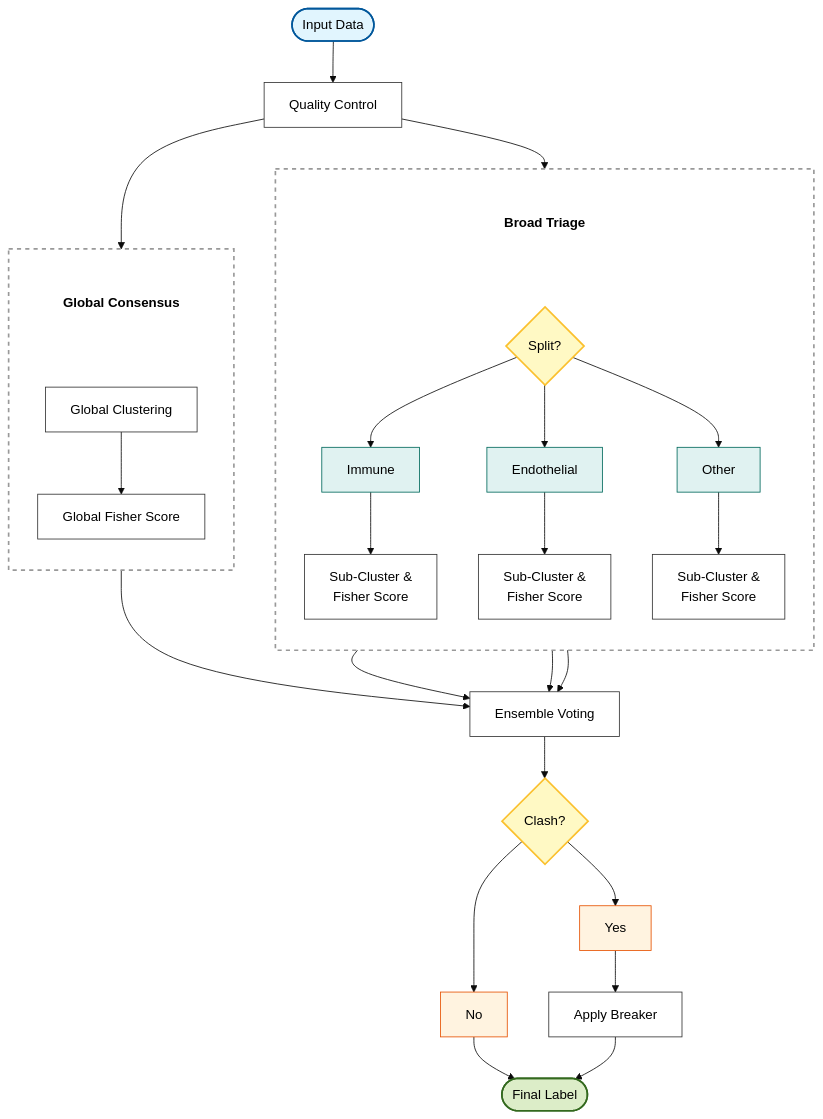
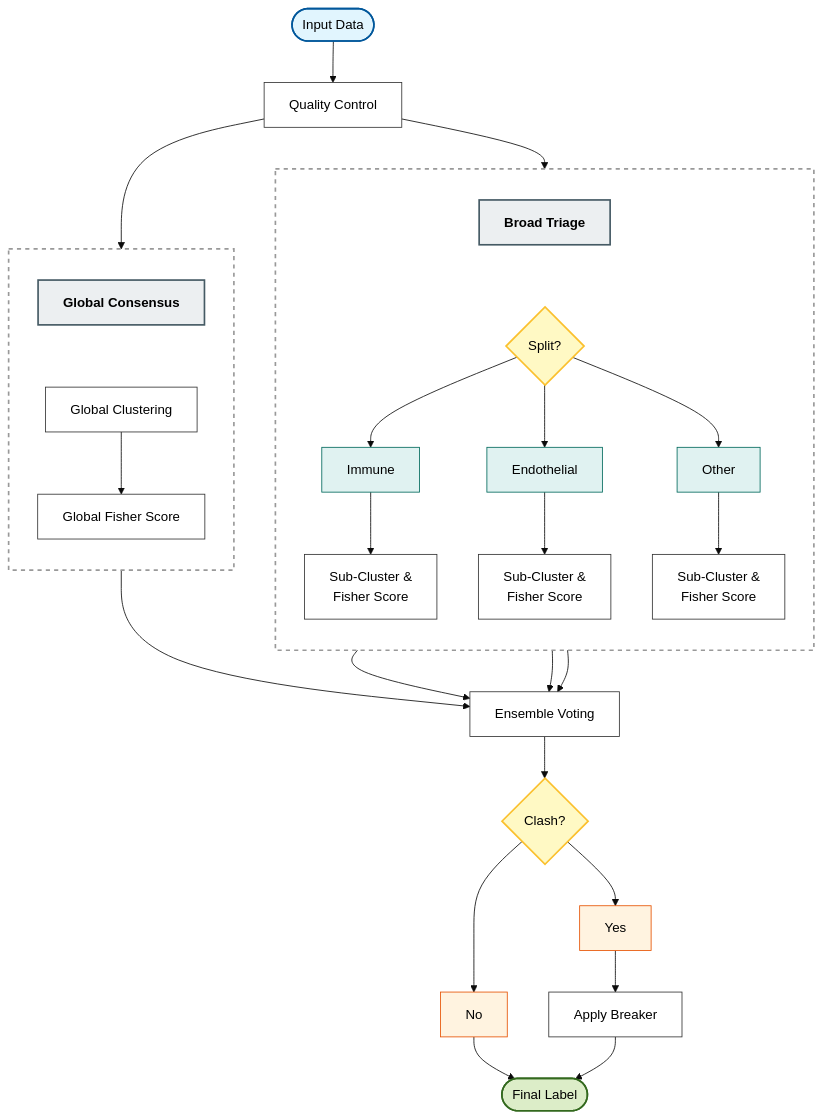
The diagram in README.md (ajxa/CellVoteR), drawn with Mermaid (base theme) before and after one commit.

Commit message:
updated workflow diagram

````diff
--- a/README.md
+++ b/README.md
@@ -42,8 +42,8 @@
     %% Track Box: Dashed border, no fill
     classDef track fill:none,stroke:#999,stroke-width:2px,stroke-dasharray: 5 5
     
-    %% Titles: Invisible box, bold text
-    classDef title fill:none,stroke:none,font-weight:bold,font-size:16px,color:#000
+    %% Titles: Visible Header Boxes
+    classDef title fill:#eceff1,stroke:#455a64,stroke-width:2px,font-weight:bold,color:#000
     
     classDef decision fill:#fff9c4,stroke:#fbc02d,stroke-width:2px,color:#000
     classDef group fill:#e0f2f1,stroke:#00695c,stroke-width:1px,color:#000
@@ -56,12 +56,12 @@
     %% --- TRACK 1: Broad Triage ---
     subgraph T1 [ ]
         direction TB
-        %% Title Node (Acts as the entry point)
+        %% Title Node
         Title1[Broad Triage]:::title
         
         Split{Split?}:::decision
         
-        %% Use invisible link between Title and Split to enforce order
+        %% Invisible link to force vertical stacking
         Title1 ~~~ Split
         
         %% Groups
@@ -97,7 +97,7 @@
     end
 
     %% --- Main Connections ---
-    %% Connect QC to the TITLES of the tracks
+    %% Connect QC to the TITLES
     QC --> Title1
     QC --> Title2
 
@@ -118,6 +118,6 @@
     No --> Final([Final Label]):::endnode
     TieBreak --> Final
 
-    %% Apply Track Styles (Border only)
+    %% Apply Track Styles
     class T1,T2 track
 ```
````
